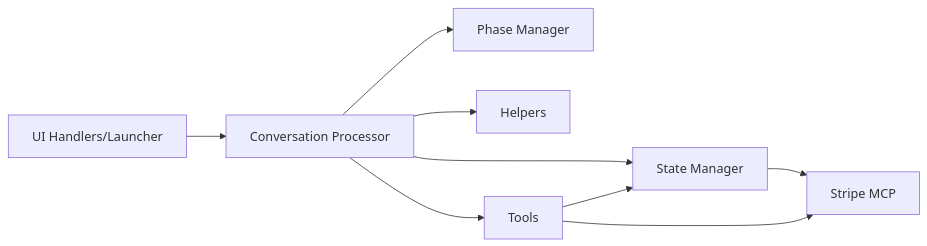
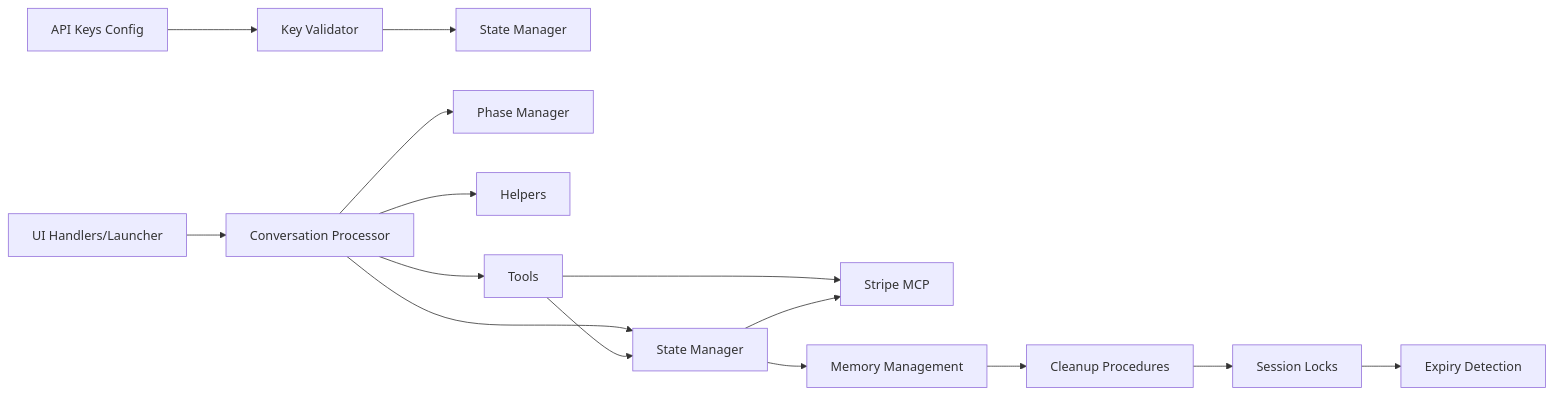
Before and after one commit to MOK-5-ha/MayaMCP: the tenth of 10 diagrams in .qoder/repowiki/en/content/Core Architecture/State Management Patterns.md, drawn with Mermaid. The commit also changed other lines of this file and 27 other files, not shown here.

````diff
--- a/.qoder/repowiki/en/content/Core Architecture/State Management Patterns.md
+++ b/.qoder/repowiki/en/content/Core Architecture/State Management Patterns.md
@@ -355,11 +512,17 @@
 ```mermaid
 graph LR
+APIKeys["API Keys Config"] --> KeyValidator["Key Validator"]
+KeyValidator --> StateMgr["State Manager"]
 UI["UI Handlers/Launcher"] --> Proc["Conversation Processor"]
 Proc --> PM["Phase Manager"]
 Proc --> Help["Helpers"]
 Proc --> SM["State Manager"]
 Proc --> TL["Tools"]
 TL --> SM
 TL --> Stripe["Stripe MCP"]
 SM --> Stripe
+SM --> MemoryMgr["Memory Management"]
+MemoryMgr --> Cleanup["Cleanup Procedures"]
+Cleanup --> SessionLocks["Session Locks"]
+SessionLocks --> Expiry["Expiry Detection"]
 ```
````
